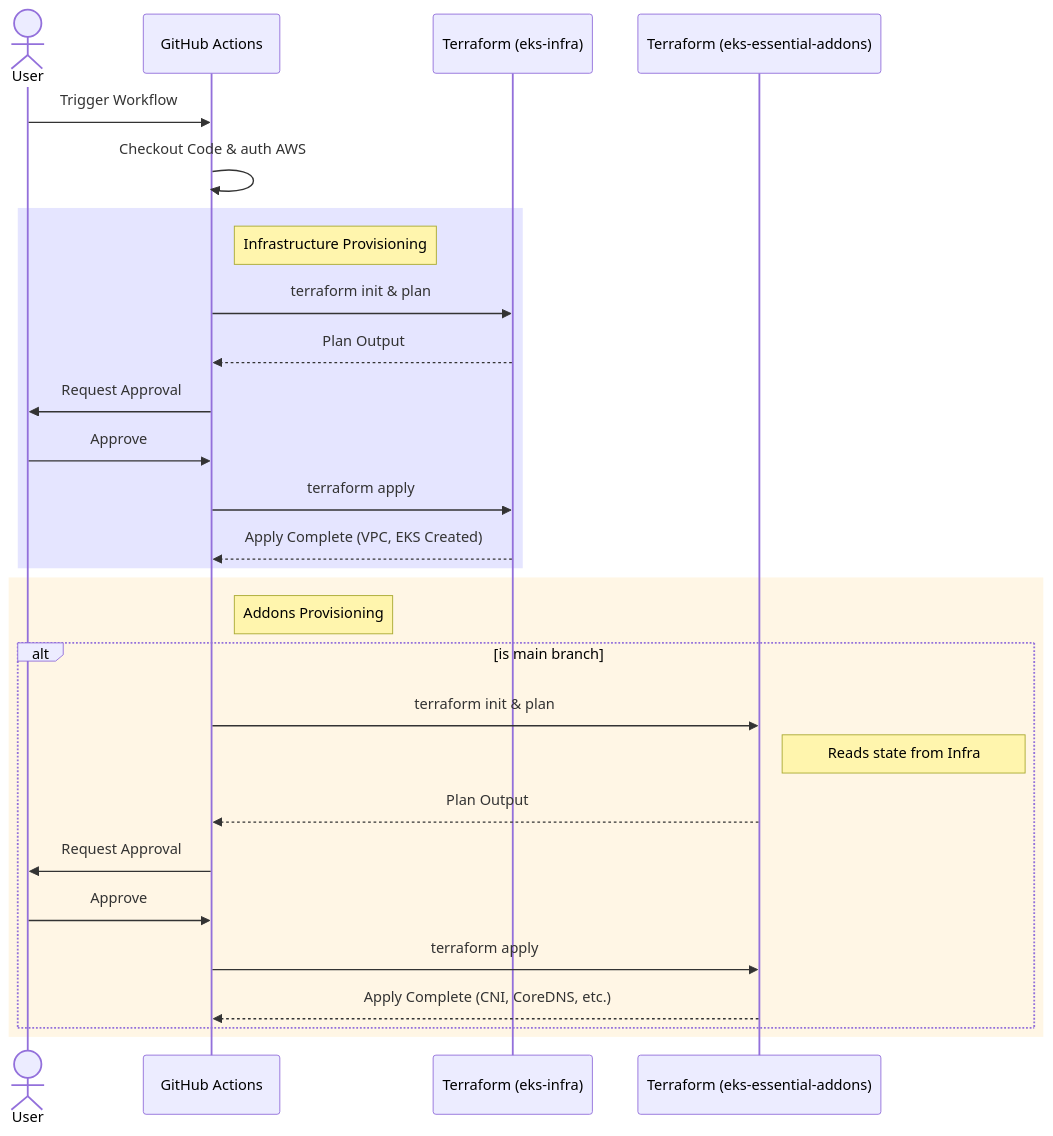
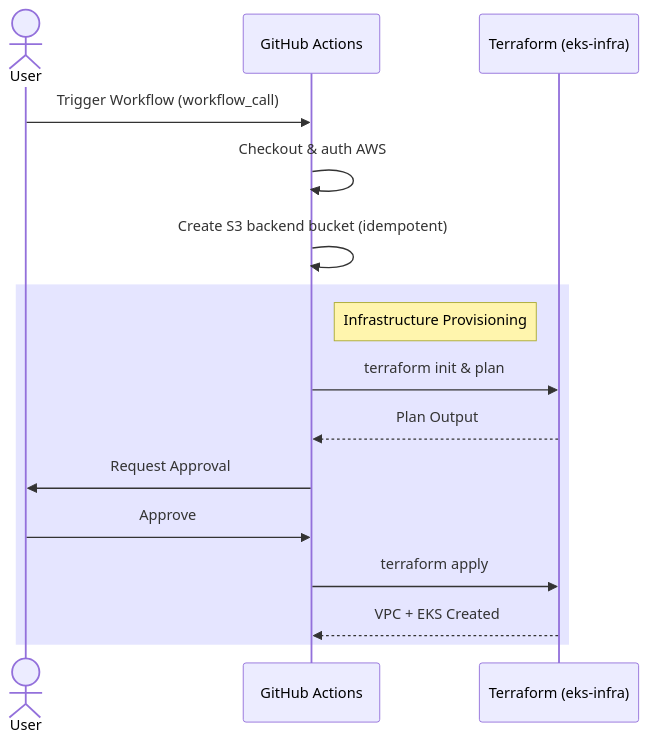
The diagram in README.md (urukube/terraform-module-eks-setup), drawn with Mermaid before and after one commit. The commit also changed other lines of this file and 1 other file, not shown here.

First line of the commit message:
docs: rewrite README and fix terraform-docs to generate from eks-infra

````diff
--- a/README.md
+++ b/README.md
@@ -43,35 +46,20 @@
 ```mermaid
 sequenceDiagram
     actor User
     participant GA as GitHub Actions
     participant Infra as Terraform (eks-infra)
-    participant Addons as Terraform (eks-essential-addons)
 
-    User->>GA: Trigger Workflow
-    GA->>GA: Checkout Code & auth AWS
+    User->>GA: Trigger Workflow (workflow_call)
+    GA->>GA: Checkout & auth AWS
+    GA->>GA: Create S3 backend bucket (idempotent)
 
-    %% Infrastructure Step
     rect rgba(0, 0, 255, 0.1)
     note right of GA: Infrastructure Provisioning
     GA->>Infra: terraform init & plan
     Infra-->>GA: Plan Output
     GA->>User: Request Approval
     User->>GA: Approve
     GA->>Infra: terraform apply
-    Infra-->>GA: Apply Complete (VPC, EKS Created)
-    end
-
-    %% Addons Step
-    rect rgba(255, 165, 0, 0.1)
-    note right of GA: Addons Provisioning
-    alt is main branch
-        GA->>Addons: terraform init & plan
-        note right of Addons: Reads state from Infra
-        Addons-->>GA: Plan Output
-        GA->>User: Request Approval
-        User->>GA: Approve
-        GA->>Addons: terraform apply
-        Addons-->>GA: Apply Complete (CNI, CoreDNS, etc.)
-    end
+    Infra-->>GA: VPC + EKS Created
     end
 ```
````
